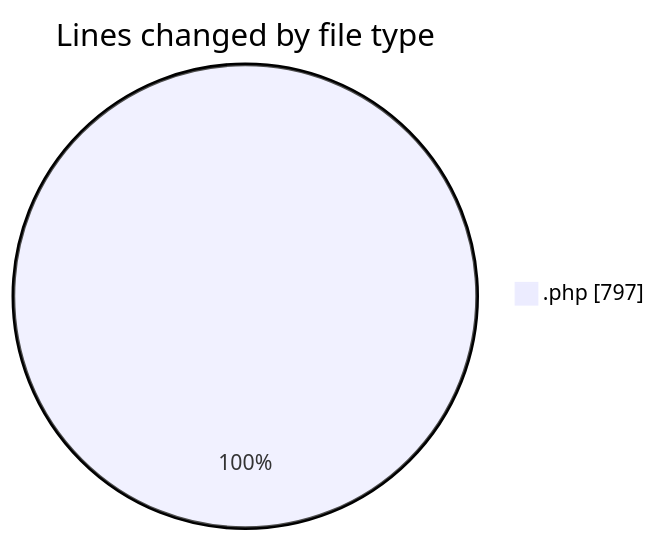
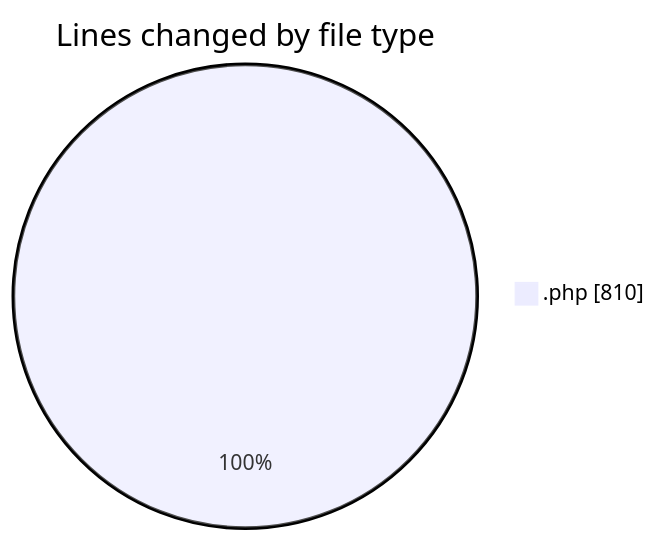
The first of 2 diagrams in 2026-08-27/oficina/README.md (LanceThiago/code-tracking), drawn with Mermaid before and after one commit. The commit also changed other lines of this file and 1 other file, not shown here.

````diff
--- a/2026-08-27/oficina/README.md
+++ b/2026-08-27/oficina/README.md
@@ -21,5 +21,5 @@
 ```mermaid
 pie showData
 title Lines changed by file type
-".php" : 797
+".php" : 810
 ```
````
